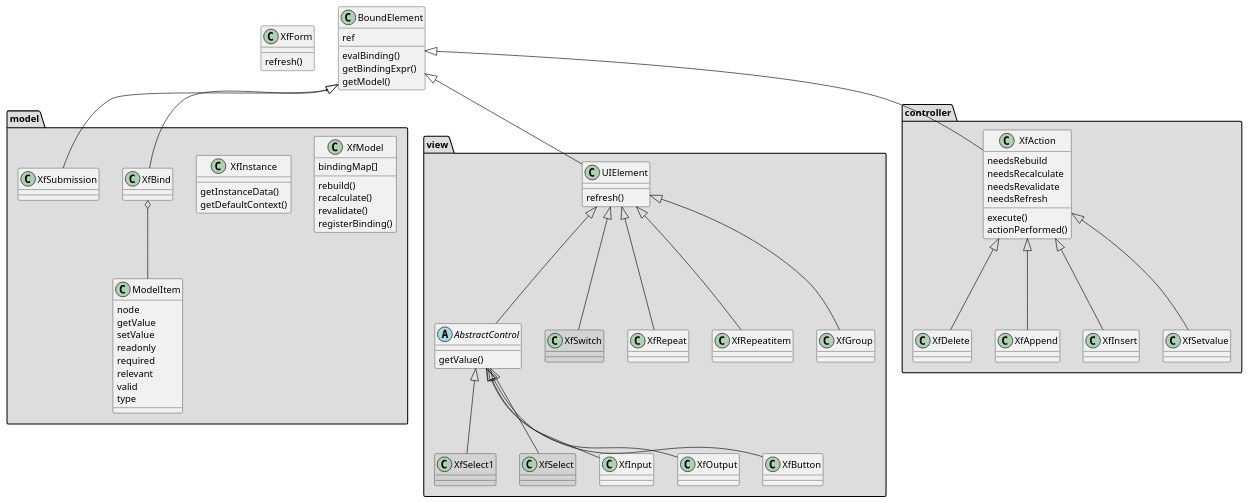
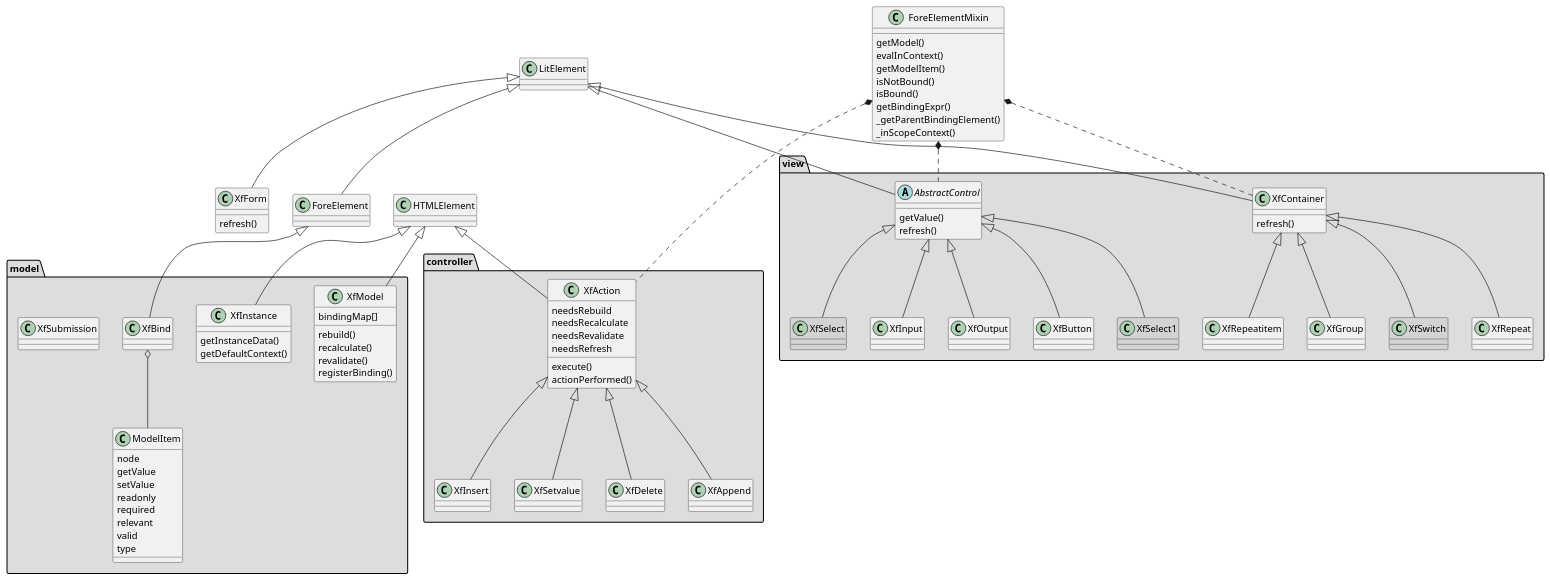
Before and after one commit to Jinntec/Fore: the diagram in doc/class-relations.puml, drawn with PlantUML. The commit also changed 7 other files, not shown here.

Commit message:
improved getBindingExpr(); XfBind now also extend HTMLElement!; fix to nodeset eval in xf-bind; xf-instance also vanilla web component; added loading promises for instances; xf-model turned into vanilla web component; found a way to listen for refresh-done before checking on props

```diff
--- a/doc/class-relations.puml
+++ b/doc/class-relations.puml
@@ -1,92 +1,112 @@
 @startuml
+
+class HTMLElement{
+}
+class LitElement
+
 class XfForm {
     refresh()
 }
-class BoundElement{
-    ref
-    evalBinding()
+LitElement <|-- XfForm
+
+
+class ForeElement
+
+class ForeElementMixin{
+    getModel()
+    evalInContext()
+    getModelItem()
+    isNotBound()
+    isBound()
     getBindingExpr()
-    getModel()
+    _getParentBindingElement()
+    _inScopeContext()
 }
 package "model" #DDDDDD {
     class XfModel{
         bindingMap[]
         rebuild()
         recalculate()
         revalidate()
         registerBinding()
     }
     class XfInstance{
         getInstanceData()
         getDefaultContext()
     }
 
     class ModelItem{
         node
         getValue
         setValue
         readonly
         required
         relevant
         valid
         type
     }
 
     class XfBind
     class XfSubmission
 
+    HTMLElement <|-- XfInstance
+    ForeElement <|-- XfBind
+    HTMLElement <|-- XfModel
 
 }
 
 XfBind o-- ModelItem
 
 package "view" #DDDDDD{
-    class UIElement{
+    class XfContainer{
         refresh()
     }
     abstract class AbstractControl{
         getValue()
+        refresh()
     }
     class XfSwitch #lightgrey
     class XfSelect1 #lightgrey
     class XfSelect #lightgrey
-    UIElement <|-- AbstractControl
     AbstractControl <|-- XfInput
     AbstractControl <|-- XfOutput
     AbstractControl <|-- XfButton
-    UIElement <|-- XfRepeat
-    UIElement <|-- XfRepeatitem
-    UIElement <|-- XfGroup
-    UIElement <|-- XfSwitch
+    XfContainer <|-- XfRepeat
+    XfContainer <|-- XfRepeatitem
+    XfContainer <|-- XfGroup
+    XfContainer <|-- XfSwitch
     AbstractControl <|-- XfSelect
     AbstractControl <|-- XfSelect1
 }
 
 package "controller" #DDDDDD{
     class XfAction{
         needsRebuild
         needsRecalculate
         needsRevalidate
         needsRefresh
         execute()
         actionPerformed()
     }
     XfAction <|-- XfDelete
     XfAction <|-- XfAppend
     XfAction <|-- XfInsert
     XfAction <|-- XfSetvalue
 
 }
 
 
+LitElement <|-- XfContainer
+LitElement <|-- AbstractControl
+ForeElementMixin *.. AbstractControl
+ForeElementMixin *.. XfContainer
 
-BoundElement <|-- UIElement
-BoundElement <|-- XfAction
-BoundElement <|-- XfBind
-BoundElement <|-- XfSubmission
 
+HTMLElement <|-- XfAction
+ForeElementMixin *.. XfAction
+LitElement <|-- ForeElement
 
 
 
 
 @enduml
```
